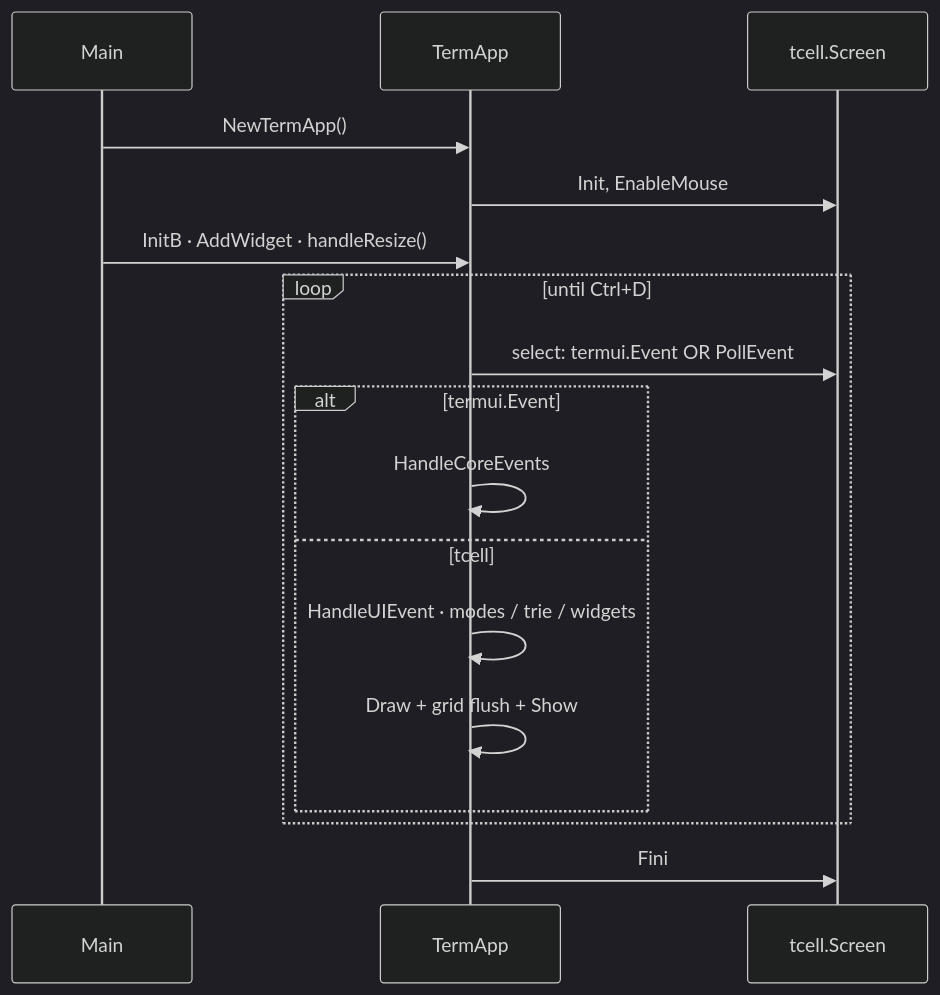
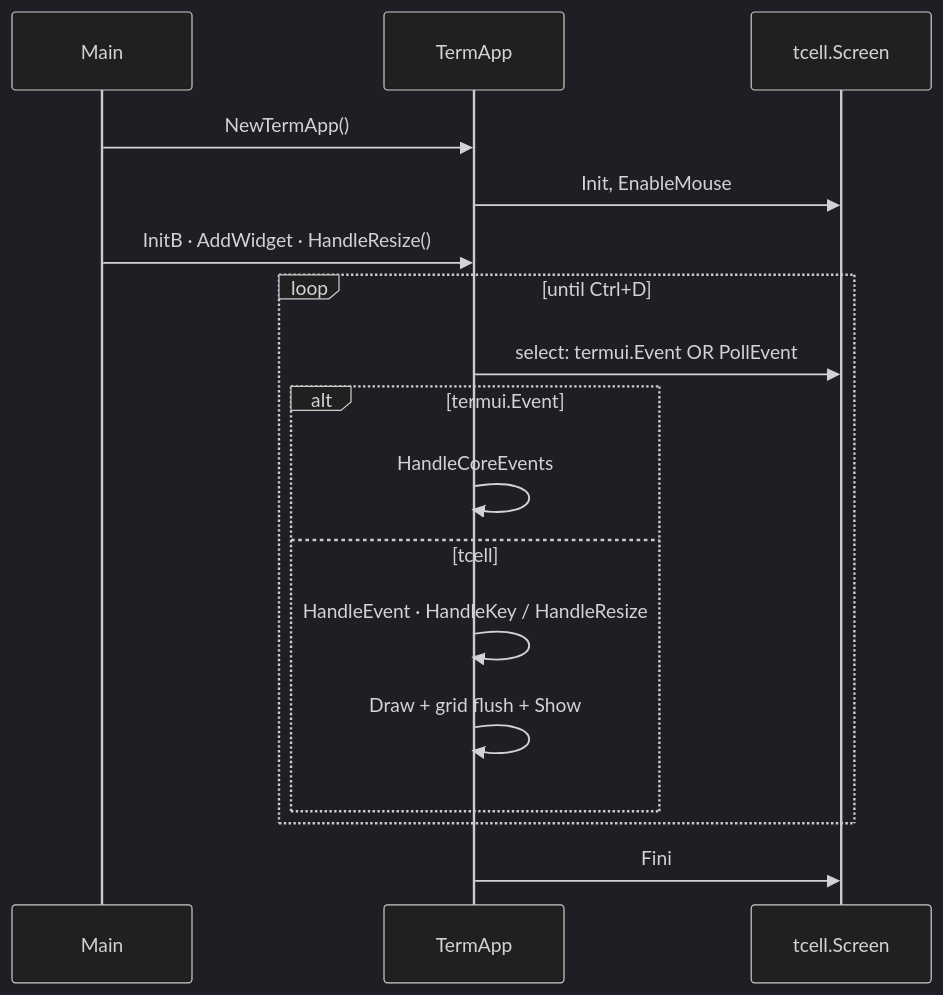
The first of 2 diagrams in docs/DEVELOPER_GUIDE.md (yairgd/gdbforge), drawn with Mermaid (dark theme) before and after one commit. The commit also changed other lines of this file and 11 other files, not shown here.

````diff
--- a/docs/DEVELOPER_GUIDE.md
+++ b/docs/DEVELOPER_GUIDE.md
@@ -145,20 +147,20 @@
 ```mermaid
 sequenceDiagram
     participant Main
     participant App as TermApp
     participant Screen as tcell.Screen
 
     Main->>App: NewTermApp()
     App->>Screen: Init, EnableMouse
-    Main->>App: InitB · AddWidget · handleResize()
+    Main->>App: InitB · AddWidget · HandleResize()
     loop until Ctrl+D
         App->>Screen: select: termui.Event OR PollEvent
         alt termui.Event
             App->>App: HandleCoreEvents
         else tcell
-            App->>App: HandleUIEvent · modes / trie / widgets
+            App->>App: HandleEvent · HandleKey / HandleResize
             App->>App: Draw + grid flush + Show
         end
     end
     App->>Screen: Fini
 ```
````
